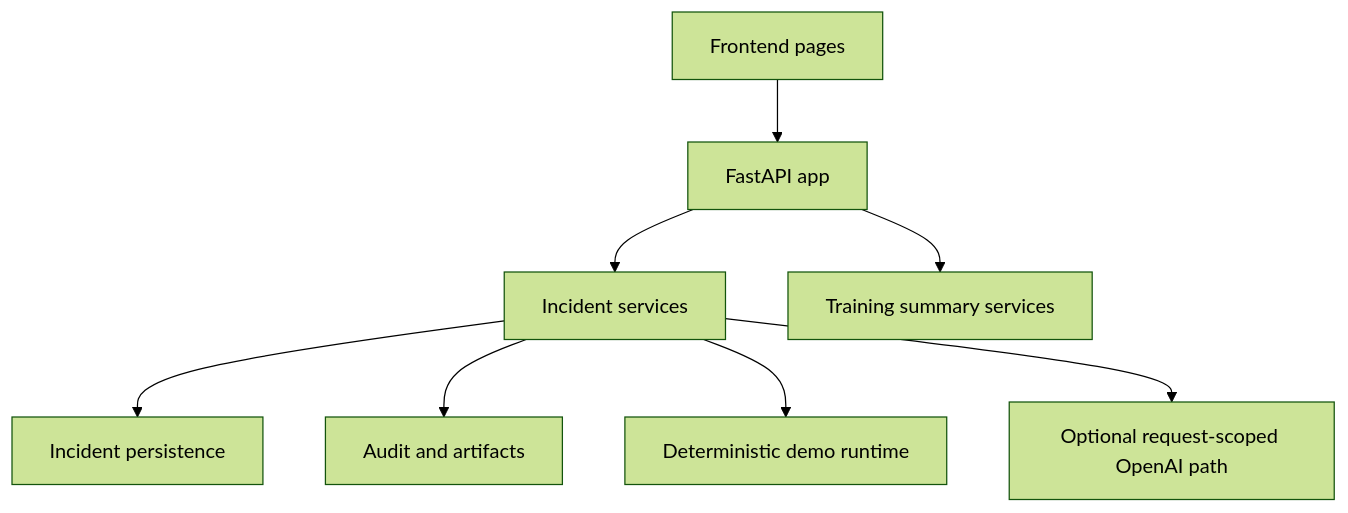
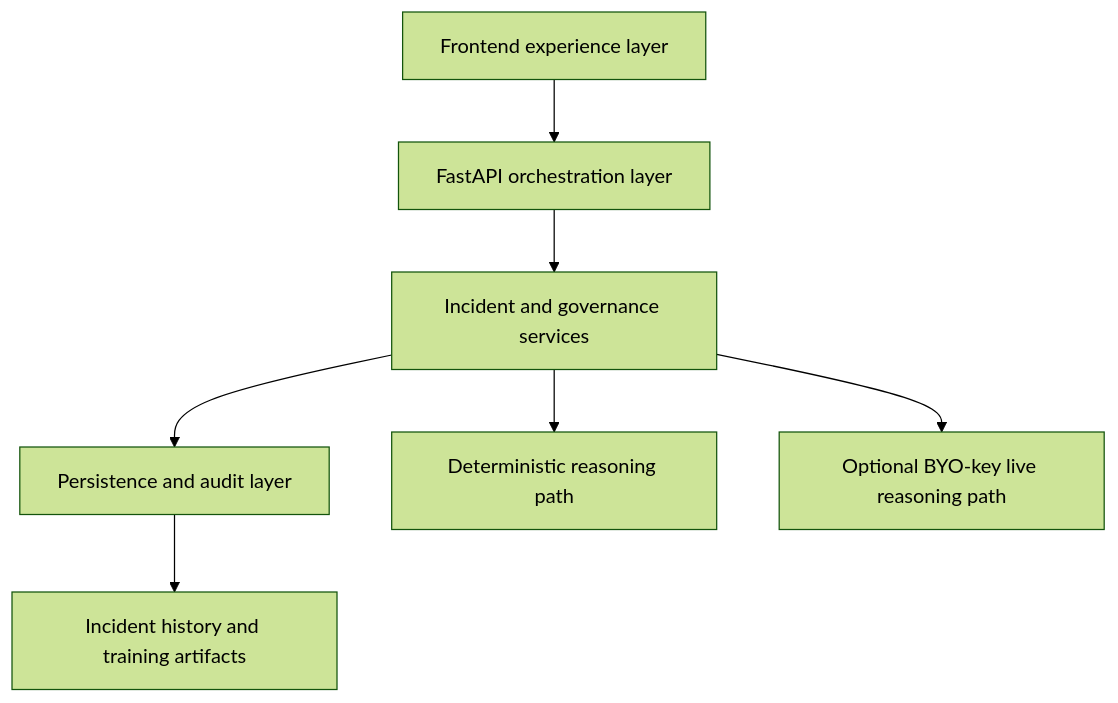
The second of 2 diagrams in README.md (kunalkachru/nexus-v2), drawn with Mermaid (forest theme) before and after one commit. The commit also changed other lines of this file and 6 other files, not shown here.

````diff
--- a/README.md
+++ b/README.md
@@ -99,10 +119,9 @@
 ```mermaid
 flowchart TD
-    A["Frontend pages"] --> B["FastAPI app"]
-    B --> C["Incident services"]
-    B --> D["Training summary services"]
-    C --> E["Incident persistence"]
-    C --> F["Audit and artifacts"]
-    C --> G["Deterministic demo runtime"]
-    C --> H["Optional request-scoped OpenAI path"]
+    A["Frontend experience layer"] --> B["FastAPI orchestration layer"]
+    B --> C["Incident and governance services"]
+    C --> D["Persistence and audit layer"]
+    C --> E["Deterministic reasoning path"]
+    C --> F["Optional BYO-key live reasoning path"]
+    D --> G["Incident history and training artifacts"]
 ```
````
